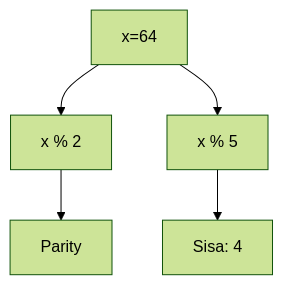
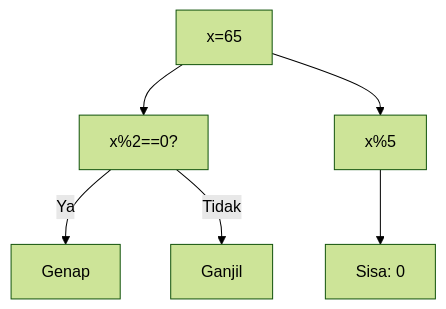
One commit to amnahwaida/OSNK_INF_PREP changed the eighth of 25 diagrams in part-c-pemahaman-cpp/04-fungsi/latihan/set-07.md. Above: the diagram before and after it, drawn with Mermaid (forest theme). The commit also changed other lines of this file and 71 other files, not shown here.

Commit message:
Fixed Mermaid syntax lexical errors with quoted labels in 1,800 questions

````diff
--- a/part-c-pemahaman-cpp/04-fungsi/latihan/set-07.md
+++ b/part-c-pemahaman-cpp/04-fungsi/latihan/set-07.md
@@ -236,7 +252,8 @@
 ```mermaid
 graph TD
-A[x=64] --> B[x % 2]
-B --> C[Parity]
-A --> D[x % 5]
-D --> E[Sisa: 4]
+A["x=65"] --> B["x%2==0?"]
+B -- Ya --> C["Genap"]
+B -- Tidak --> D["Ganjil"]
+A --> E["x%5"]
+E --> F["Sisa: 0"]
 ```
````
